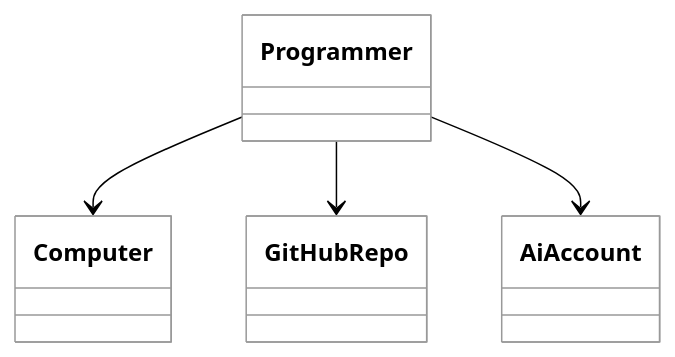
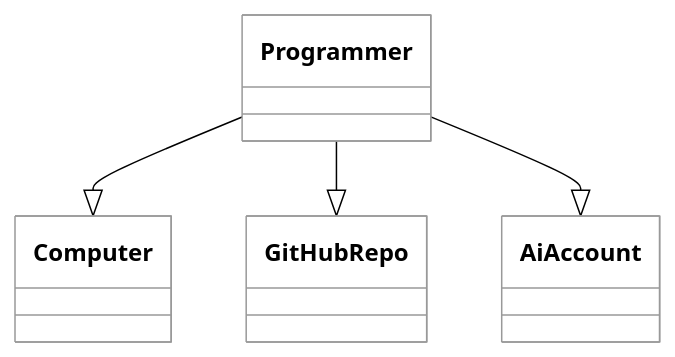
The fourth of 8 diagrams in instruction/object-oriented-design/object-oriented-design.md (byucsstudent/cs240v2), drawn with Mermaid before and after one commit. The commit also changed other lines of this file, not shown here.

Commit message:
Lee Jensen - update(Object Oriented Design)

````diff
--- a/instruction/object-oriented-design/object-oriented-design.md
+++ b/instruction/object-oriented-design/object-oriented-design.md
@@ -145,8 +145,8 @@
 ```mermaid
 %%{init: { 'theme': 'neutral', 'themeVariables': { 'mainBkg': '#ffffff', 'lineColor': '#000000', 'primaryTextColor': '#000000' } }}%%
 
 classDiagram
-    Programmer --> Computer
-    Programmer --> GitHubRepo
-    Programmer --> AiAccount
+    Programmer --|> Computer
+    Programmer --|> GitHubRepo
+    Programmer --|> AiAccount
 ```
````
